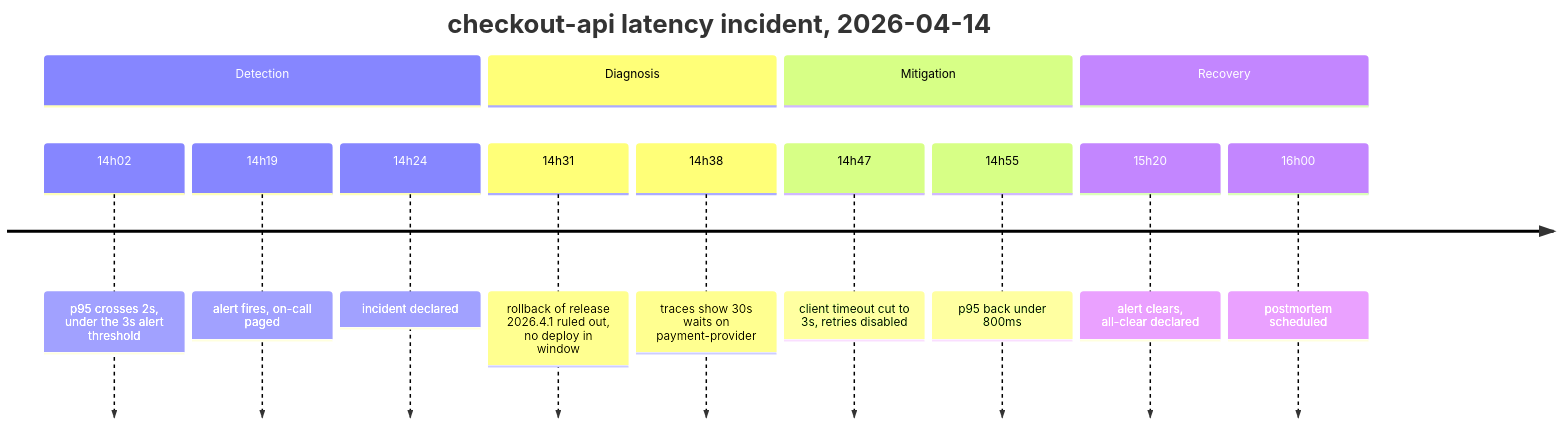
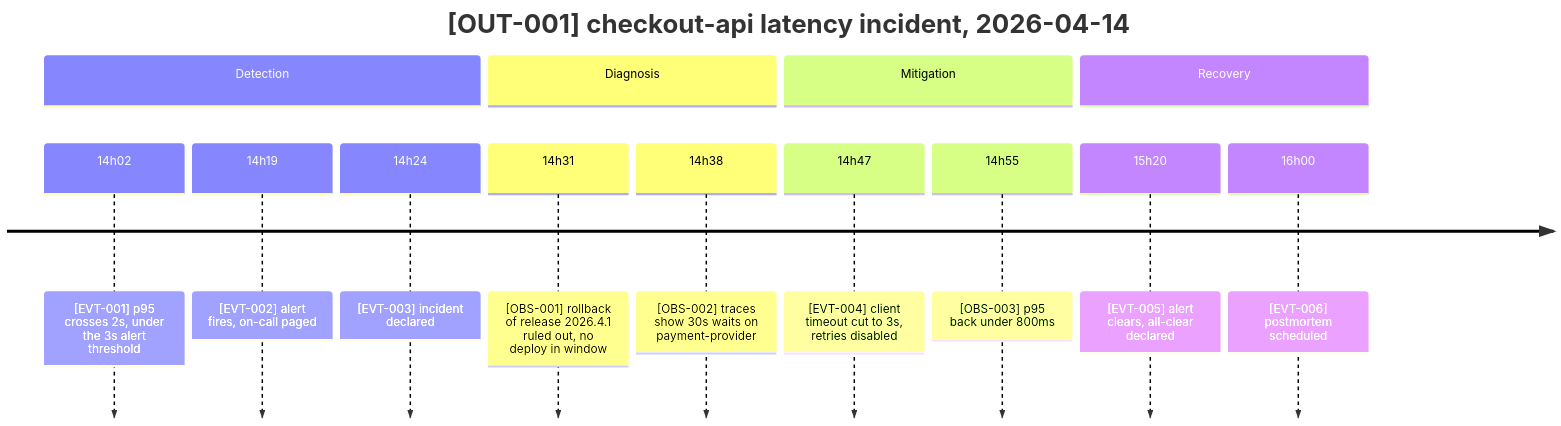
The sixth of 9 diagrams in mastery-of-mermaid/references/scenario-operations.md (flatrick/agent-skills), drawn with Mermaid before and after one commit. The commit also changed other lines of this file and 7 other files, not shown here.

````diff
--- a/mastery-of-mermaid/references/scenario-operations.md
+++ b/mastery-of-mermaid/references/scenario-operations.md
@@ -290,19 +294,19 @@
 ```mermaid
 timeline
     accTitle: checkout-api latency incident timeline
     accDescr: The incident ran from first signal at 14h02 through mitigation at 14h47 to all-clear at 15h20, grouped into detection, diagnosis, mitigation, and recovery.
-    title checkout-api latency incident, 2026-04-14
+    title [OUT-001] checkout-api latency incident, 2026-04-14
     section Detection
-        14h02 : p95 crosses 2s, under the 3s alert threshold
-        14h19 : alert fires, on-call paged
-        14h24 : incident declared
+        14h02 : [EVT-001] p95 crosses 2s, under the 3s alert threshold
+        14h19 : [EVT-002] alert fires, on-call paged
+        14h24 : [EVT-003] incident declared
     section Diagnosis
-        14h31 : rollback of release 2026.4.1 ruled out, no deploy in window
-        14h38 : traces show 30s waits on payment-provider
+        14h31 : [OBS-001] rollback of release 2026.4.1 ruled out, no deploy in window
+        14h38 : [OBS-002] traces show 30s waits on payment-provider
     section Mitigation
-        14h47 : client timeout cut to 3s, retries disabled
-        14h55 : p95 back under 800ms
+        14h47 : [EVT-004] client timeout cut to 3s, retries disabled
+        14h55 : [OBS-003] p95 back under 800ms
     section Recovery
-        15h20 : alert clears, all-clear declared
-        16h00 : postmortem scheduled
+        15h20 : [EVT-005] alert clears, all-clear declared
+        16h00 : [EVT-006] postmortem scheduled
 ```
````
